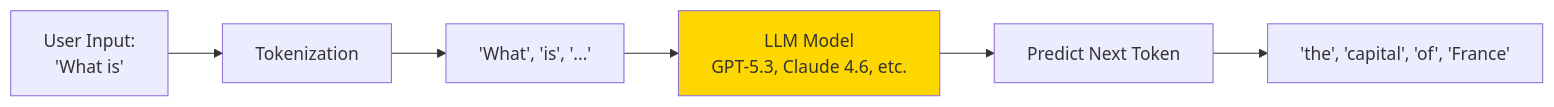
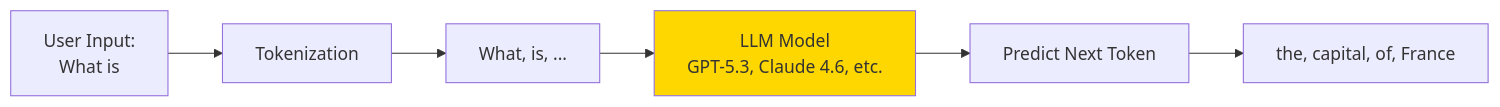
Before and after one commit to anton-abyzov/specweave: the first of 4 diagrams in docs-site/docs/academy/fundamentals/ml-fundamentals.md, drawn with Mermaid. The commit also changed other lines of this file and 23 other files, not shown here.

Commit message:
fix: repair 24 broken Mermaid diagrams — quote special chars, fix state/sequence syntax

````diff
--- a/docs-site/docs/academy/fundamentals/ml-fundamentals.md
+++ b/docs-site/docs/academy/fundamentals/ml-fundamentals.md
@@ -48,10 +48,10 @@
 ```mermaid
 graph LR
-    Input[User Input:<br/>'What is'] --> Tokenize[Tokenization]
-    Tokenize --> Tokens['What', 'is', '...']
-    Tokens --> Model[LLM Model<br/>GPT-5.3, Claude 4.6, etc.]
+    Input["User Input:<br/>What is"] --> Tokenize[Tokenization]
+    Tokenize --> Tokens["What, is, ..."]
+    Tokens --> Model["LLM Model<br/>GPT-5.3, Claude 4.6, etc."]
     Model --> Predict[Predict Next Token]
-    Predict --> Output['the', 'capital', 'of', 'France']
+    Predict --> Output["the, capital, of, France"]
 
     style Model fill:#ffd700
 ```
````
